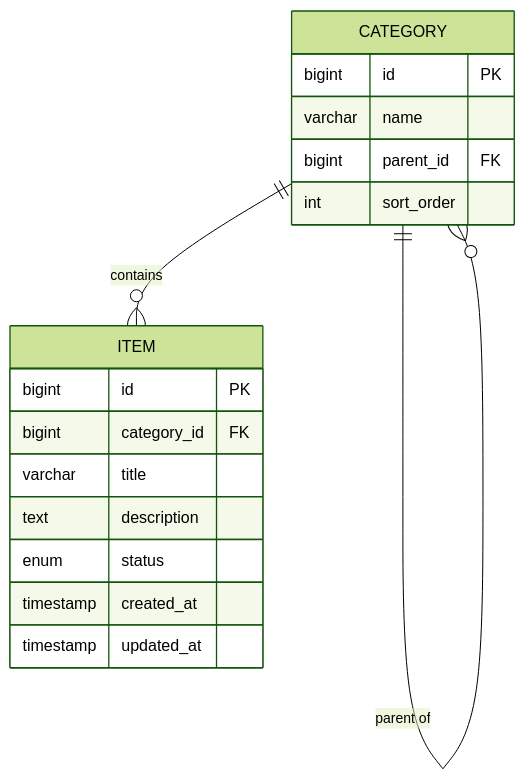
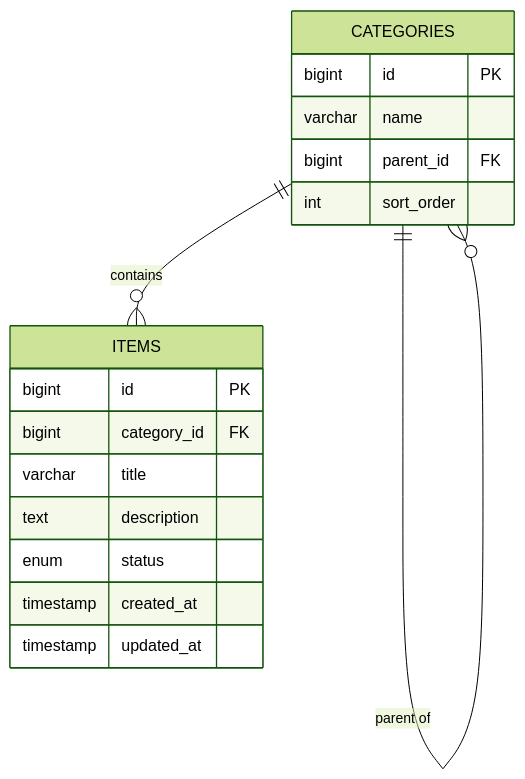
The fourth of 6 diagrams in skills/u-design/references/erd-spec.md (upleat-ax/u-maker-plugin), drawn with Mermaid (forest theme) before and after one commit. The commit also changed other lines of this file, not shown here.

First line of the commit message:
feat: upgrade ERD naming conventions to advanced standard

````diff
--- a/skills/u-design/references/erd-spec.md
+++ b/skills/u-design/references/erd-spec.md
@@ -210,20 +212,20 @@
 ```mermaid
 erDiagram
-    CATEGORY {
+    CATEGORIES {
         bigint id PK
         varchar name
         bigint parent_id FK
         int sort_order
     }
-    ITEM {
+    ITEMS {
         bigint id PK
         bigint category_id FK
         varchar title
         text description
         enum status
         timestamp created_at
         timestamp updated_at
     }
-    CATEGORY ||--o{ ITEM : "contains"
-    CATEGORY ||--o{ CATEGORY : "parent of"
+    CATEGORIES ||--o{ ITEMS : "contains"
+    CATEGORIES ||--o{ CATEGORIES : "parent of"
 ```
````
